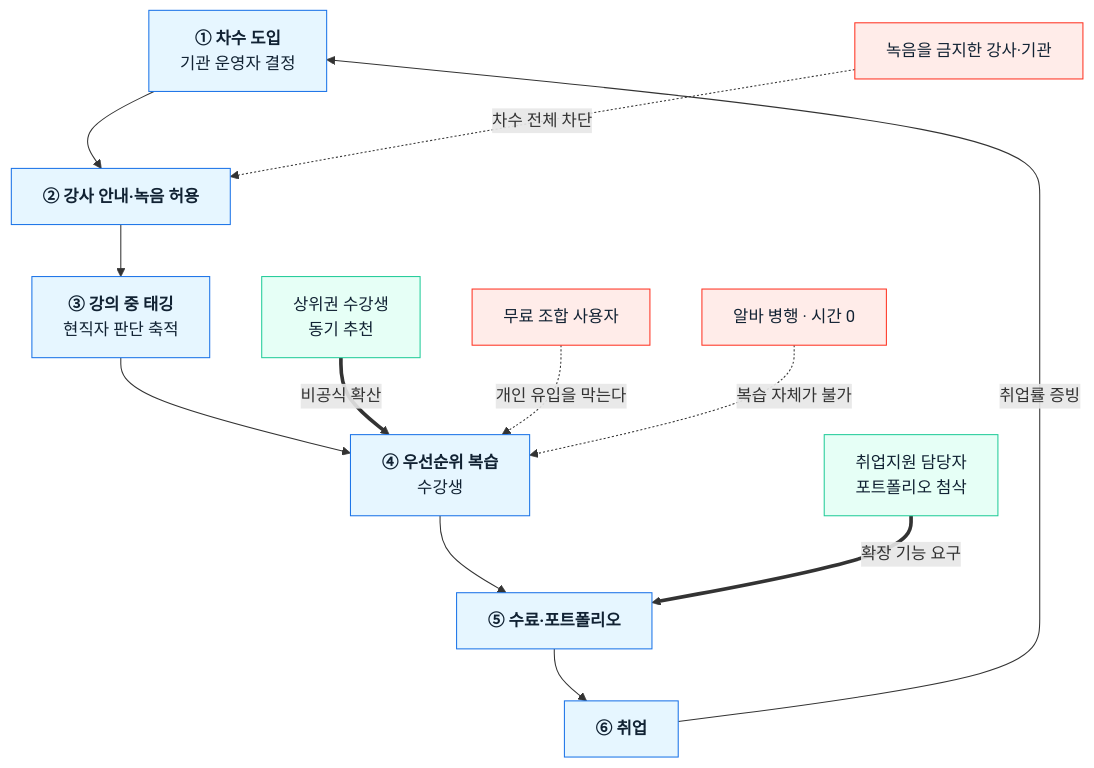
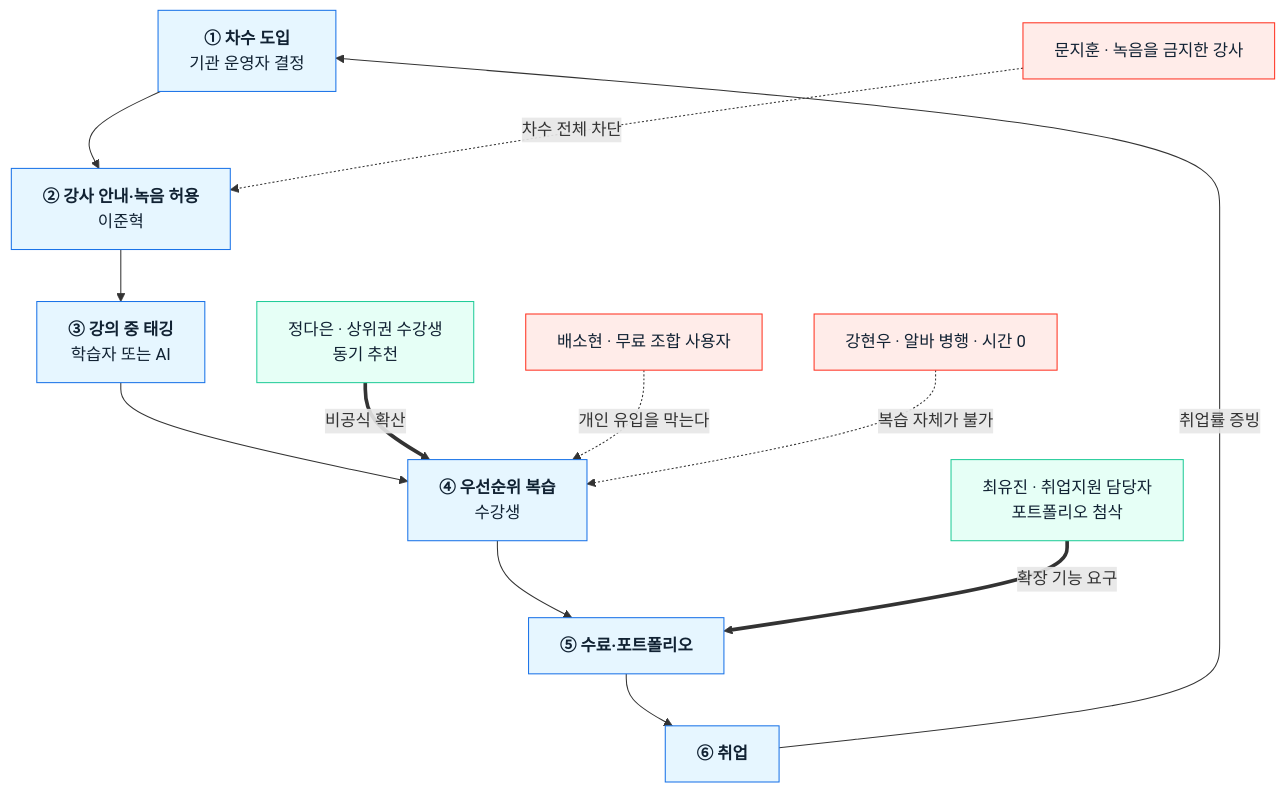
The third of 3 diagrams in 05-persona-spectrum-journey-map/case-01-persona-spectrum.md (happai079/business-research-kokjip), drawn with Mermaid before and after one commit. The commit also changed other lines of this file and 4 other files, not shown here.

````diff
--- a/05-persona-spectrum-journey-map/case-01-persona-spectrum.md
+++ b/05-persona-spectrum-journey-map/case-01-persona-spectrum.md
@@ -273,25 +292,25 @@
 ```mermaid
 flowchart TB
     S1["<b>① 차수 도입</b><br/>기관 운영자 결정"]
-    S2["<b>② 강사 안내·녹음 허용</b>"]
-    S3["<b>③ 강의 중 태깅</b><br/>현직자 판단 축적"]
+    S2["<b>② 강사 안내·녹음 허용</b><br/>이준혁"]
+    S3["<b>③ 강의 중 태깅</b><br/>학습자 또는 AI"]
     S4["<b>④ 우선순위 복습</b><br/>수강생"]
     S5["<b>⑤ 수료·포트폴리오</b>"]
     S6["<b>⑥ 취업</b>"]
 
     S1 --> S2 --> S3 --> S4 --> S5 --> S6
     S6 -->|"취업률 증빙"| S1
 
-    HELP["상위권 수강생<br/>동기 추천"] ==>|"비공식 확산"| S4
-    PART["취업지원 담당자<br/>포트폴리오 첨삭"] ==>|"확장 기능 요구"| S5
-    BLK1["녹음을 금지한 강사·기관"] -.->|"차수 전체 차단"| S2
-    BLK2["무료 조합 사용자"] -.->|"개인 유입을 막는다"| S4
-    BLK3["알바 병행 · 시간 0"] -.->|"복습 자체가 불가"| S4
+    HELP["정다은 · 상위권 수강생<br/>동기 추천"] ==>|"비공식 확산"| S4
+    PART["최유진 · 취업지원 담당자<br/>포트폴리오 첨삭"] ==>|"확장 기능 요구"| S5
+    BLK1["문지훈 · 녹음을 금지한 강사"] -.->|"차수 전체 차단"| S2
+    BLK2["배소현 · 무료 조합 사용자"] -.->|"개인 유입을 막는다"| S4
+    BLK3["강현우 · 알바 병행 · 시간 0"] -.->|"복습 자체가 불가"| S4
 
     classDef spine fill:#e6f6ff,stroke:#1a73e8,color:#123
     classDef help fill:#e6fff6,stroke:#22CC99,color:#123
     classDef block fill:#ffece9,stroke:#FF3322,color:#123
     class S1,S2,S3,S4,S5,S6 spine
     class HELP,PART help
     class BLK1,BLK2,BLK3 block
 ```
````
